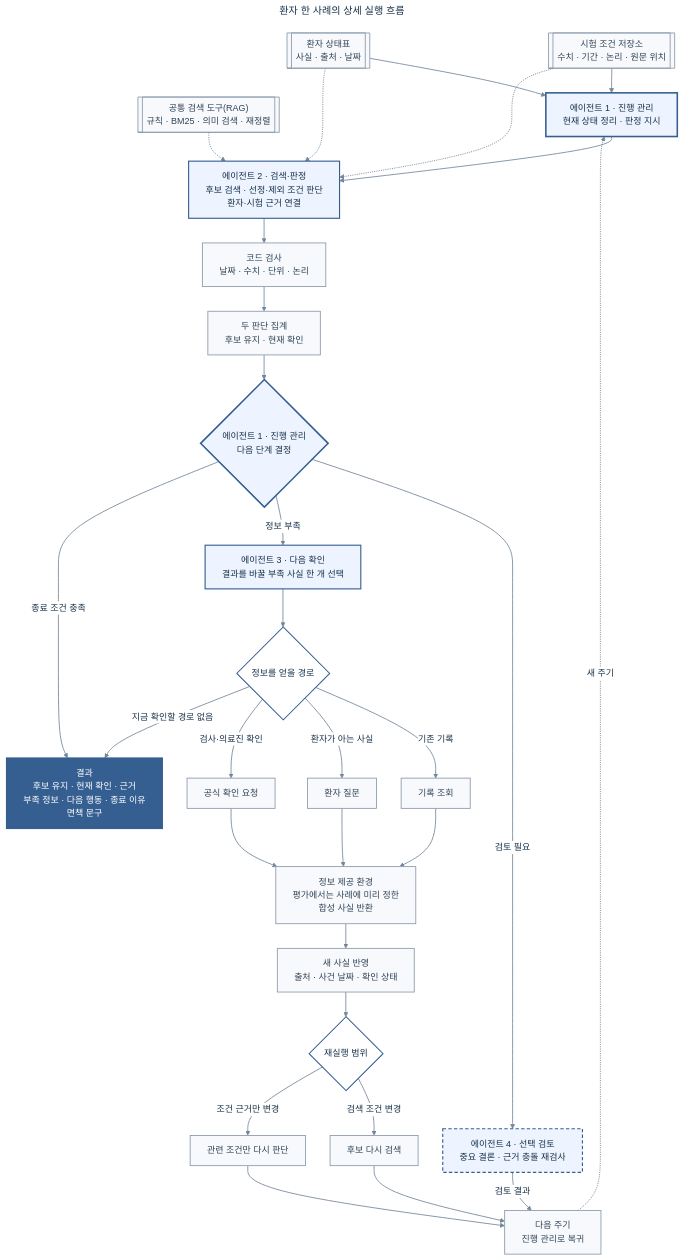
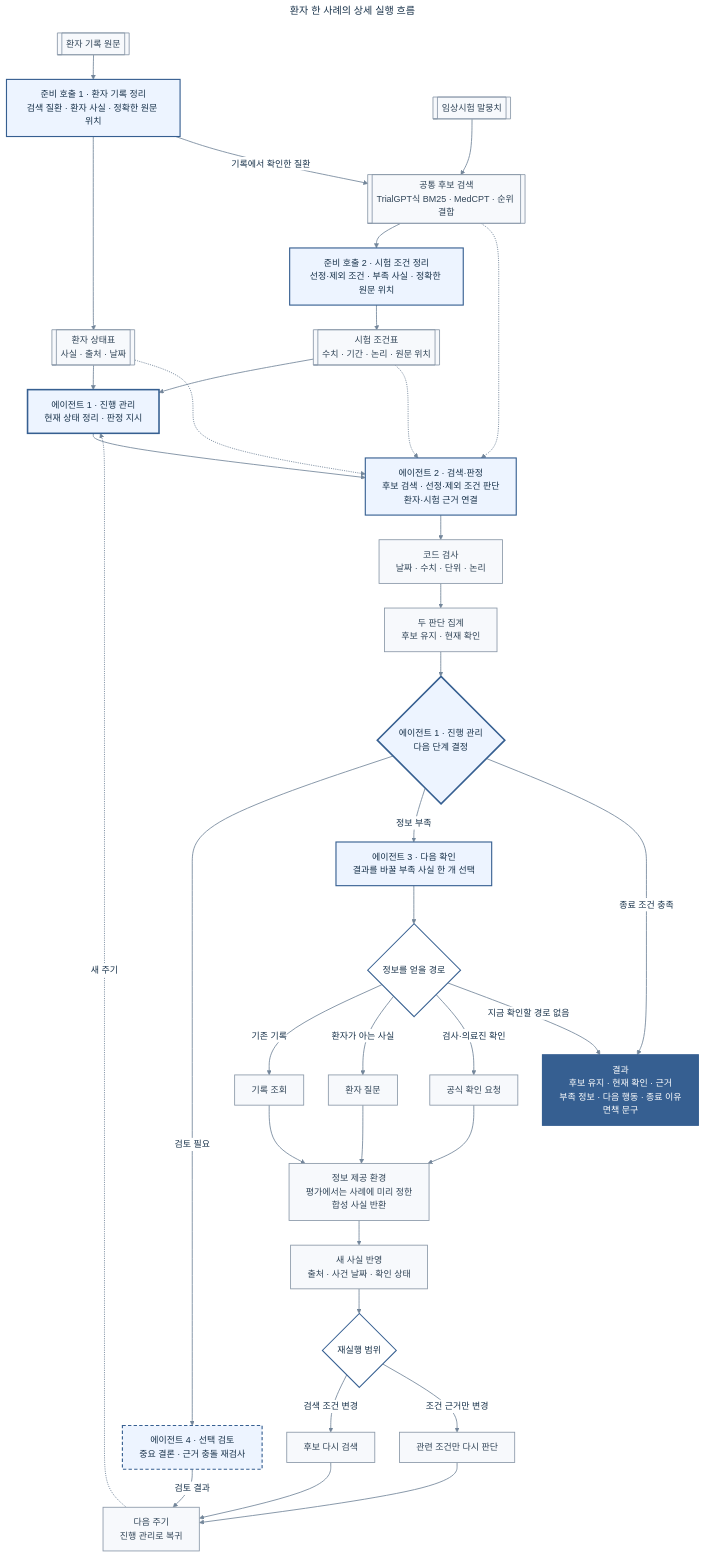
One commit to health-agent/Clarifytrial changed the diagram in docs/internal/diagrams/clarifytrial-detailed-workflow.mmd. Above: the diagram before and after it, drawn with Mermaid. The commit also changed 30 other files, not shown here.

```diff
--- a/docs/internal/diagrams/clarifytrial-detailed-workflow.mmd
+++ b/docs/internal/diagrams/clarifytrial-detailed-workflow.mmd
@@ -1,87 +1,97 @@
 ---
 title: 환자 한 사례의 상세 실행 흐름
 config:
   theme: base
   flowchart:
     curve: basis
     nodeSpacing: 44
     rankSpacing: 44
     wrappingWidth: 250
   themeVariables:
     background: '#ffffff'
     primaryTextColor: '#18324a'
     lineColor: '#73869a'
     edgeLabelBackground: '#ffffff'
     fontFamily: 'Pretendard, Noto Sans KR, Malgun Gothic, sans-serif'
 ---
 flowchart TB
-    T[["시험 조건 저장소<br/>수치 · 기간 · 논리 · 원문 위치"]]
+    PR[["환자 기록 원문"]]
+    PS["준비 호출 1 · 환자 기록 정리<br/>검색 질환 · 환자 사실 · 정확한 원문 위치"]
     P[["환자 상태표<br/>사실 · 출처 · 날짜"]]
-    R[["공통 검색 도구(RAG)<br/>규칙 · BM25 · 의미 검색 · 재정렬"]]
+    TC[["임상시험 말뭉치"]]
+    R[["공통 후보 검색<br/>TrialGPT식 BM25 · MedCPT · 순위 결합"]]
+    TS["준비 호출 2 · 시험 조건 정리<br/>선정·제외 조건 · 부족 사실 · 정확한 원문 위치"]
+    T[["시험 조건표<br/>수치 · 기간 · 논리 · 원문 위치"]]
 
     A1S["에이전트 1 · 진행 관리<br/>현재 상태 정리 · 판정 지시"]
     A2["에이전트 2 · 검색·판정<br/>후보 검색 · 선정·제외 조건 판단<br/>환자·시험 근거 연결"]
     C1["코드 검사<br/>날짜 · 수치 · 단위 · 논리"]
     C2["두 판단 집계<br/>후보 유지 · 현재 확인"]
     A1D{"에이전트 1 · 진행 관리<br/>다음 단계 결정"}
 
     A4["에이전트 4 · 선택 검토<br/>중요 결론 · 근거 충돌 재검사"]
     A3["에이전트 3 · 다음 확인<br/>결과를 바꿀 부족 사실 한 개 선택"]
     G{"정보를 얻을 경로"}
     L["기록 조회"]
     Q["환자 질문"]
     V["공식 확인 요청"]
     H["정보 제공 환경<br/>평가에서는 사례에 미리 정한<br/>합성 사실 반환"]
     N["새 사실 반영<br/>출처 · 사건 날짜 · 확인 상태"]
     S{"재실행 범위"}
     S1["후보 다시 검색"]
     S2["관련 조건만 다시 판단"]
     M["다음 주기<br/>진행 관리로 복귀"]
     O["결과<br/>후보 유지 · 현재 확인 · 근거<br/>부족 정보 · 다음 행동 · 종료 이유<br/>면책 문구"]
 
+    PR --> PS
+    PS --> P
+    PS -->|기록에서 확인한 질환| R
+    TC --> R
+    R --> TS
+    TS --> T
     T --> A1S
     P --> A1S
     A1S --> A2
     T -.-> A2
     P -.-> A2
     R -.-> A2
     A2 --> C1
     C1 --> C2
     C2 --> A1D
 
     A1D -->|검토 필요| A4
     A4 -->|검토 결과| M
     A1D -->|정보 부족| A3
     A3 --> G
     G -->|기존 기록| L
     G -->|환자가 아는 사실| Q
     G -->|검사·의료진 확인| V
     L --> H
     Q --> H
     V --> H
     H --> N
     N --> S
     S -->|검색 조건 변경| S1
     S -->|조건 근거만 변경| S2
     S1 --> M
     S2 --> M
     M -.->|새 주기| A1S
 
     A1D -->|종료 조건 충족| O
     G -->|지금 확인할 경로 없음| O
 
     classDef lead fill:#edf4ff,stroke:#365f91,stroke-width:2.8px,color:#18324a;
     classDef agent fill:#edf4ff,stroke:#365f91,stroke-width:2px,color:#18324a;
     classDef optional fill:#edf4ff,stroke:#365f91,stroke-width:2px,stroke-dasharray:6 4,color:#18324a;
     classDef shared fill:#f7f9fc,stroke:#8a98a8,stroke-width:1.5px,color:#304457;
     classDef decision fill:#ffffff,stroke:#365f91,stroke-width:1.8px,color:#18324a;
     classDef output fill:#365f91,stroke:#365f91,stroke-width:2px,color:#ffffff;
 
     class A1S,A1D lead;
-    class A2,A3 agent;
+    class PS,TS,A2,A3 agent;
     class A4 optional;
-    class T,P,R,C1,C2,L,Q,V,H,N,S1,S2,M shared;
+    class PR,P,TC,R,T,C1,C2,L,Q,V,H,N,S1,S2,M shared;
     class G,S decision;
     class O output;
 
     linkStyle default stroke:#73869a,stroke-width:1.5px;
```
